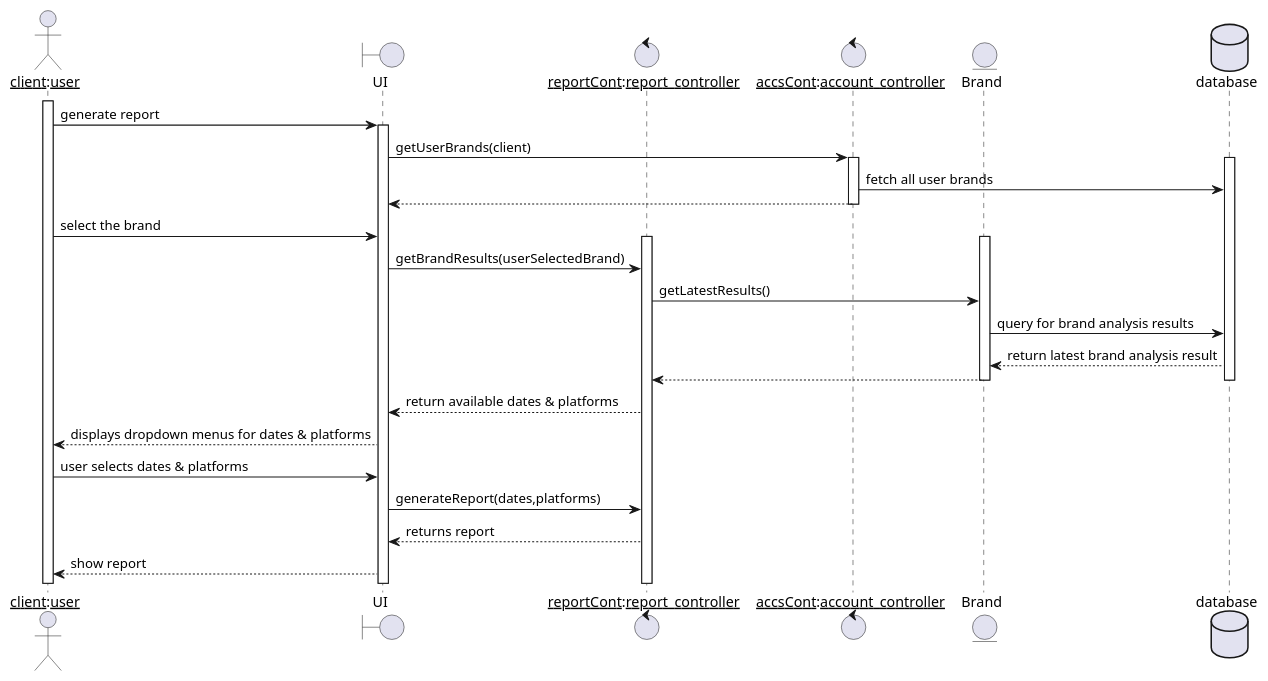
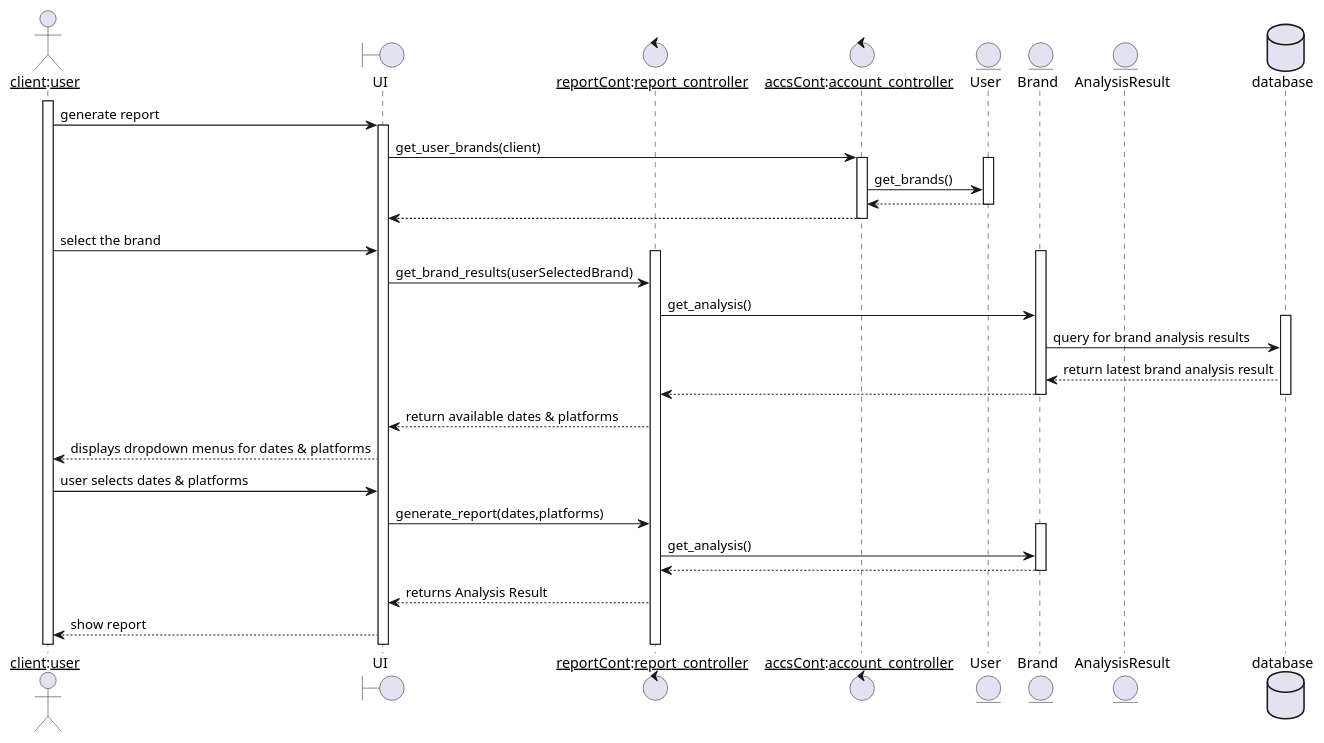
One commit to NadaaSelim/GP changed the diagram in Graphs/sequence_generate_report.puml. Above: the diagram before and after it, drawn with PlantUML. The commit also changed 9 other files, not shown here.

Commit message:
diagrams done

```diff
--- a/Graphs/sequence_generate_report.puml
+++ b/Graphs/sequence_generate_report.puml
@@ -1,94 +1,102 @@
 @startuml
 actor "__client__:__user__" as client
 boundary UI
 control "__reportCont__:__report_controller__" as RC
 control "__accsCont__:__account_controller__" as AccsC
-
+entity User
 entity Brand
+entity AnalysisResult
 database database
 /'
   1- user selects generate report 
   2- user selects brand   
   3- UI to RC  
   4- RC to DB fetch data  
   5- RC marks the available dates & platforms from the existing brand analysis result to be sent to UI 
   6- UI displays the dates and platforms included on last brand analysis results 
   7- user selects dates & platforms 
   8- UI -> RC : user's choices 
   9- RC formatts report
   10- RC sends report to UI
   11 - UI displays report to user
 
   2- user enter start and end time  
   3- user select platforms 
   4- UI to RC  
   5- RC to DB fetch data  
   6- RC compares brand latest analysis results with user selected dates & platforms  
    IF DATES AND PLATFORMS ALIGNED WITH USER S CHOICES 
      7- RC formatts report  
      8- RC sends report to UI 
      9- UI shows report to client 
   ELSE  REANALYZE 
     7- RC sends message "" '
 '/
 /'
     restrict dates to be within range of latest brand analysis results on db & restrict platforms
     otherwise user must reanalyze data and redirected to view analytics page
 
     Also how to know platforms and dates the latest web scraping done on?
     By fetching data analysis result?
 '/
 activate client
 client -> UI: generate report
 activate UI
-UI -> AccsC: getUserBrands(client)
+UI -> AccsC: get_user_brands(client)
 activate AccsC
-activate database
 
-AccsC -> database: fetch all user brands
+activate User
+AccsC -> User: get_brands()
+User --> AccsC:
+deactivate User
 AccsC --> UI:
 deactivate AccsC
 UI <- client: select the brand
 activate RC
 activate Brand
 
-UI -> RC : getBrandResults(userSelectedBrand)
-RC -> Brand: getLatestResults()
+UI -> RC : get_brand_results(userSelectedBrand)
+RC -> Brand: get_analysis()
+activate database
 Brand -> database : query for brand analysis results
 
 database --> Brand :return latest brand analysis result
 Brand --> RC : 
 deactivate database
 deactivate Brand
 
 RC --> UI : return available dates & platforms
 UI --> client: displays dropdown menus for dates & platforms
 client -> UI : user selects dates & platforms
-UI -> RC : generateReport(dates,platforms)
-RC --> UI: returns report
+UI -> RC : generate_report(dates,platforms)
+activate Brand
+RC -> Brand: get_analysis()
+Brand --> RC:
+deactivate Brand
+RC --> UI: returns Analysis Result
 UI --> client: show report
 
 /'activate AC
 UI -> AC: getAvailablePlatforms()
 AC -> database: fetch all available platforms
 database --> AC: return all available platform names
 AC --> UI: 
 UI <- client : select platforms
 AC -> Brand: getaltnames()
 Brand--> AC: return brand alt names
 deactivate Brand
 
 activate DC
 AC -> DC : web_scrape(platforms, brand names)
 DC --> AC: returns web scrapping results
 deactivate DC
 AC -> database : adds analysis results
 deactivate database
 AC --> UI : results are ready
 deactivate AC
 UI --> client : display results
 deactivate UI
 deactivate client
 '/
 
 @enduml
```
